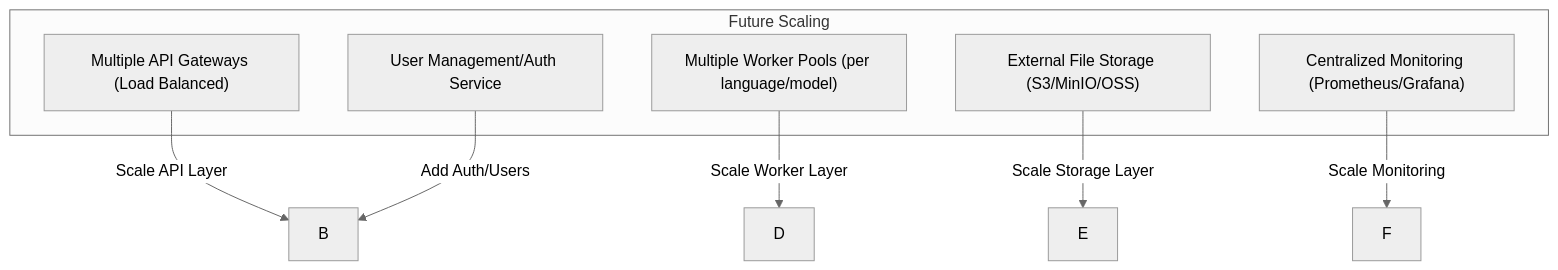
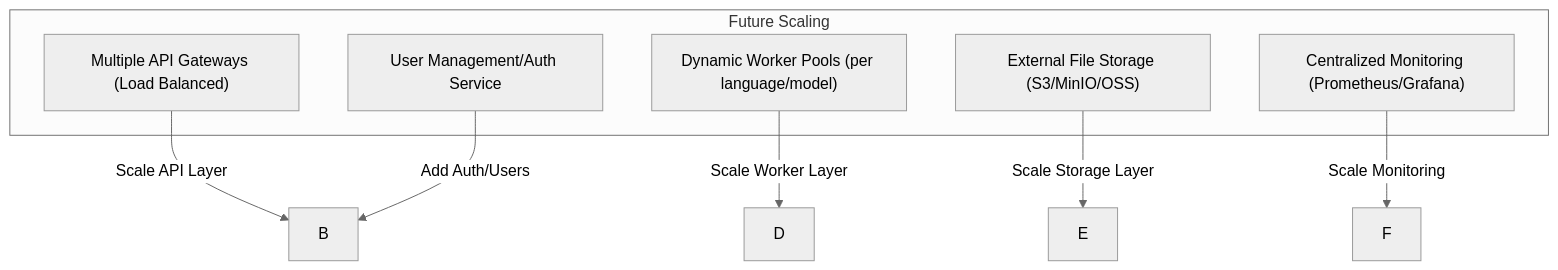
Before and after one commit to Stan370/whisperTrans: the second of 2 diagrams in README.md, drawn with Mermaid (neutral theme).

````diff
--- a/README.md
+++ b/README.md
@@ -64,15 +64,15 @@
 ```mermaid
 flowchart TD
     subgraph Future_Scaling["Future Scaling"]
         H["Multiple API Gateways (Load Balanced)"]
-        I["Multiple Worker Pools (per language/model)"]
+        I["Dynamic Worker Pools (per language/model)"]
         J["External File Storage (S3/MinIO/OSS)"]
         K["Centralized Monitoring (Prometheus/Grafana)"]
         L["User Management/Auth Service"]
     end
     H-->|"Scale API Layer"|B
     I-->|"Scale Worker Layer"|D
     J-->|"Scale Storage Layer"|E
     K-->|"Scale Monitoring"|F
     L-->|"Add Auth/Users"|B
 ```
````
